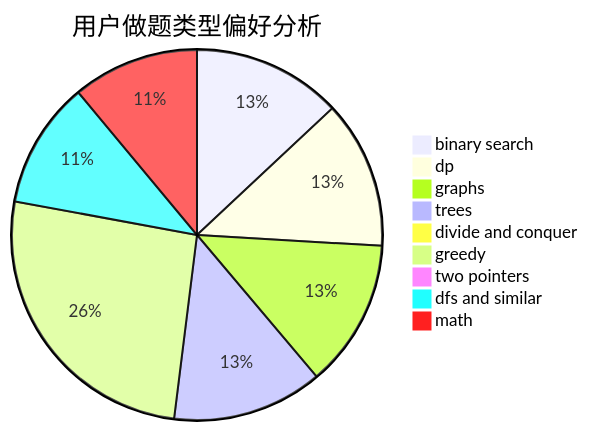
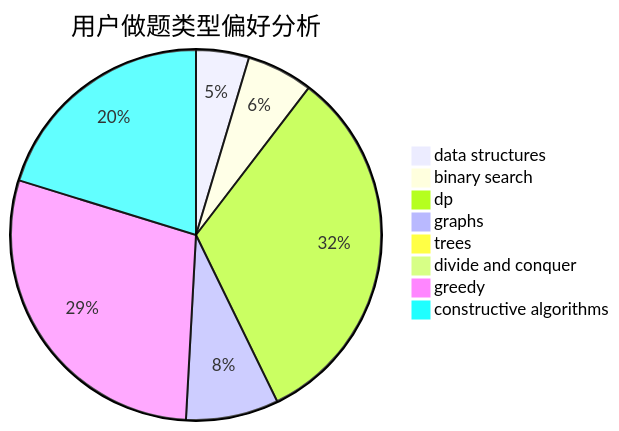
One commit to sherpahu/cfrs.github.io changed the second of 3 diagrams in docs/user/u1996.md. Above: the diagram before and after it, drawn with Mermaid. The commit also changed other lines of this file and 2775 other files, not shown here.

````diff
--- a/docs/user/u1996.md
+++ b/docs/user/u1996.md
@@ -23,12 +23,11 @@
 ```mermaid
 pie title 用户做题类型偏好分析
-    "binary search" :  112
-    "dp" :  111
-    "graphs" :  111
-    "trees" :  113
-    "divide and conquer" :  7
-    "greedy" :  223
-    "two pointers" :  0
-    "dfs and similar" :  95
-    "math" :  95
+    "data structures" :  8
+    "binary search" :  10
+    "dp" :  56
+    "graphs" :  14
+    "trees" :  0
+    "divide and conquer" :  0
+    "greedy" :  50
+    "constructive algorithms" :  35
 ```
````
